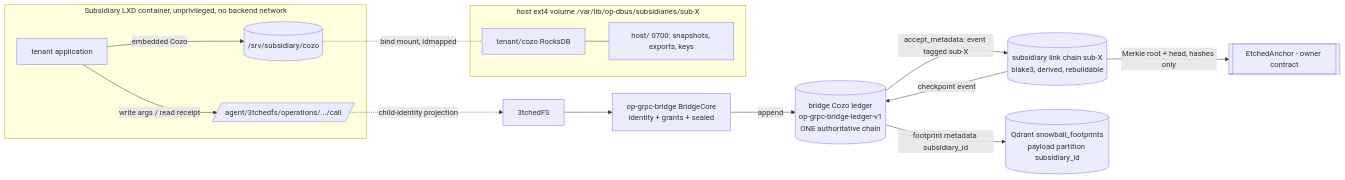
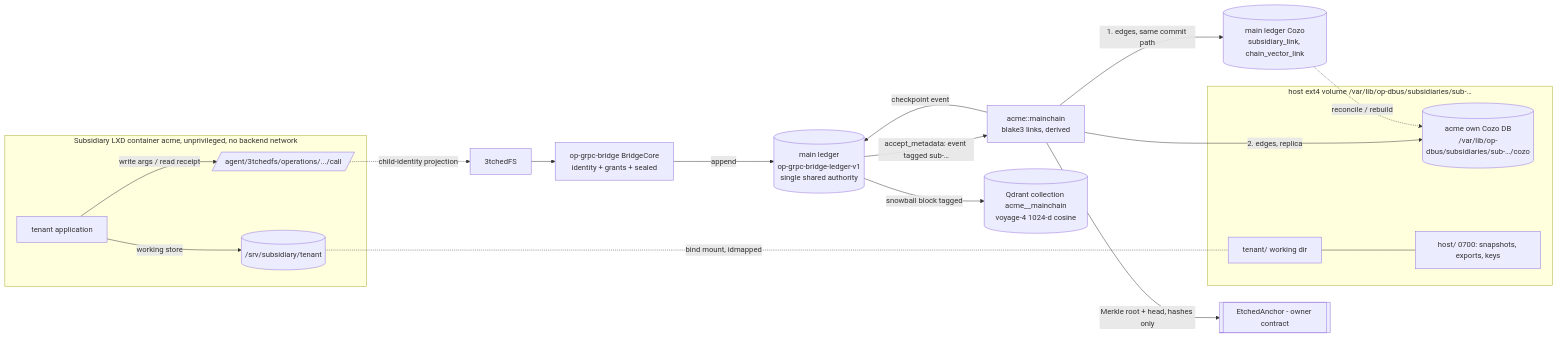
One commit to repr0bated/odbus-verified changed the first of 2 diagrams in .kiro/specs/subsidiary-activity-grouping/design.md. Above: the diagram before and after it, drawn with Mermaid. The commit also changed other lines of this file and 2 other files, not shown here.

First line of the commit message:
docs(kiro): subsidiary-activity-grouping rev 2 — <name>::mainchain, per-subsidiary Qdrant collection, dual-written Cozo edges

````diff
--- a/.kiro/specs/subsidiary-activity-grouping/design.md
+++ b/.kiro/specs/subsidiary-activity-grouping/design.md
@@ -28,17 +33,21 @@
 ```mermaid
 flowchart LR
-  subgraph CT[Subsidiary LXD container, unprivileged, no backend network]
+  subgraph CT[Subsidiary LXD container acme, unprivileged, no backend network]
     APP[tenant application] -->|write args / read receipt| CF[/agent/3tchedfs/operations/.../call/]
-    APP -->|embedded Cozo| TDB[(/srv/subsidiary/cozo)]
+    APP -->|working store| TW[(/srv/subsidiary/tenant)]
   end
   CF -. child-identity projection .-> FS[3tchedFS] --> BR[op-grpc-bridge BridgeCore\nidentity + grants + sealed]
-  BR -->|append| LED[(bridge Cozo ledger\nop-grpc-bridge-ledger-v1\nONE authoritative chain)]
-  LED -->|accept_metadata: event tagged sub-X| LNK[(subsidiary link chain sub-X\nblake3, derived, rebuildable)]
+  BR -->|append| LED[(main ledger\nop-grpc-bridge-ledger-v1\nsingle shared authority)]
+  LED -->|accept_metadata: event tagged sub-…| LNK[acme::mainchain\nblake3 links, derived]
+  LNK -->|1. edges, same commit path| MC[(main ledger Cozo\nsubsidiary_link, chain_vector_link)]
+  LNK -->|2. edges, replica| SC[(acme own Cozo DB\n/var/lib/op-dbus/subsidiaries/sub-…/cozo)]
+  MC -. reconcile / rebuild .-> SC
   LNK -->|checkpoint event| LED
   LNK -->|Merkle root + head, hashes only| ANC[[EtchedAnchor - owner contract]]
-  LED -->|footprint metadata subsidiary_id| VEC[(Qdrant snowball_footprints\npayload partition subsidiary_id)]
-  subgraph HOST[host ext4 volume /var/lib/op-dbus/subsidiaries/sub-X]
-    TDBH[tenant/cozo  RocksDB] --- HO[host/ 0700: snapshots, exports, keys]
+  LED -->|snowball block tagged| VEC[(Qdrant collection acme__mainchain\nvoyage-4 1024-d cosine)]
+  subgraph HOST[host ext4 volume /var/lib/op-dbus/subsidiaries/sub-…]
+    SC
+    TWH[tenant/ working dir] --- HO[host/ 0700: snapshots, exports, keys]
   end
-  TDB -. bind mount, idmapped .- TDBH
+  TW -. bind mount, idmapped .- TWH
 ```
````
